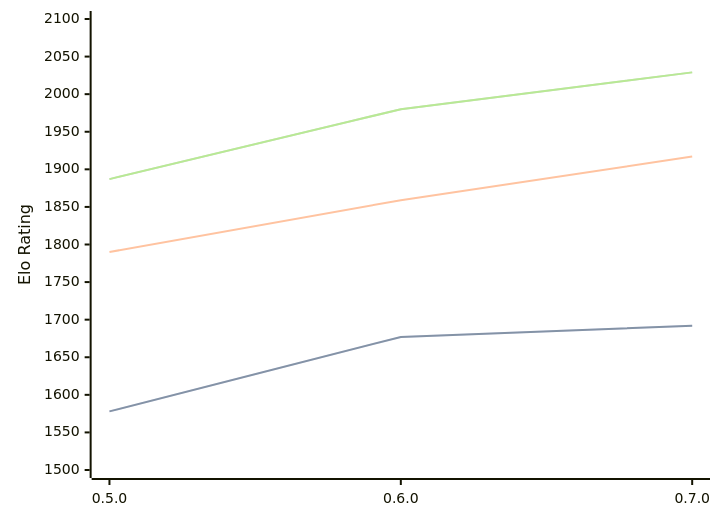
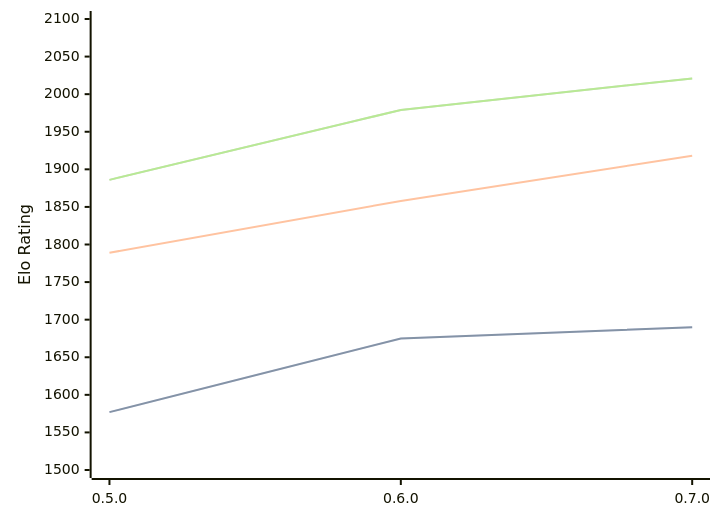
One commit to computer-chess-index/cci changed the diagram in engines/Chess-rs.md. Above: the diagram before and after it, drawn with Mermaid. The commit also changed other lines of this file, not shown here.

Commit message:
Update CCI Ratings (ELO VLTC) - 2026-05-22

````diff
--- a/engines/Chess-rs.md
+++ b/engines/Chess-rs.md
@@ -41,11 +41,11 @@
 ```mermaid
 %%{init: {"theme":"base","themeVariables":{"seriesColors:['#a3a3a3','#222221','#faa371']}}}%%
 xychart-beta
   x-axis ["0.5.0", "0.6.0", "0.7.0"]
   y-axis "Elo Rating" 1500 --> 2100
-  line "STC (8.0+0.08s)" [1578, 1677, 1692]
-  line "STC (8.0+0.08s)" [1578, 1677, 1692]
-  line "LTC (60.0+0.60s)" [1790, 1859, 1917]
-  line "VLTC (2m24s+1.12s)" [1887, 1980, 2029]
-  line "VLTC (2m24s+1.12s)" [1887, 1980, 2029]
+  line "STC (8.0+0.08s)" [1577, 1675, 1690]
+  line "STC (8.0+0.08s)" [1577, 1675, 1690]
+  line "LTC (60.0+0.60s)" [1789, 1858, 1918]
+  line "VLTC (2m24s+1.12s)" [1886, 1979, 2021]
+  line "VLTC (2m24s+1.12s)" [1886, 1979, 2021]
 ```
````
